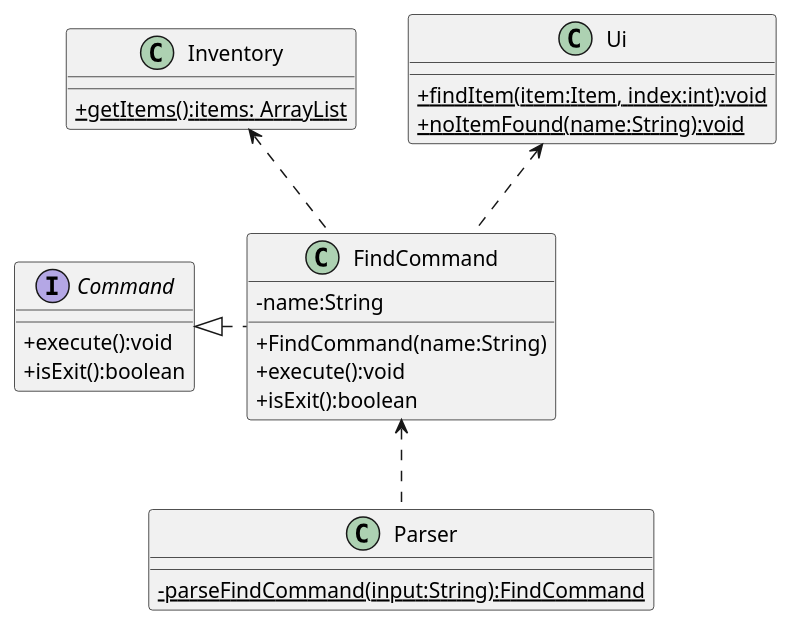
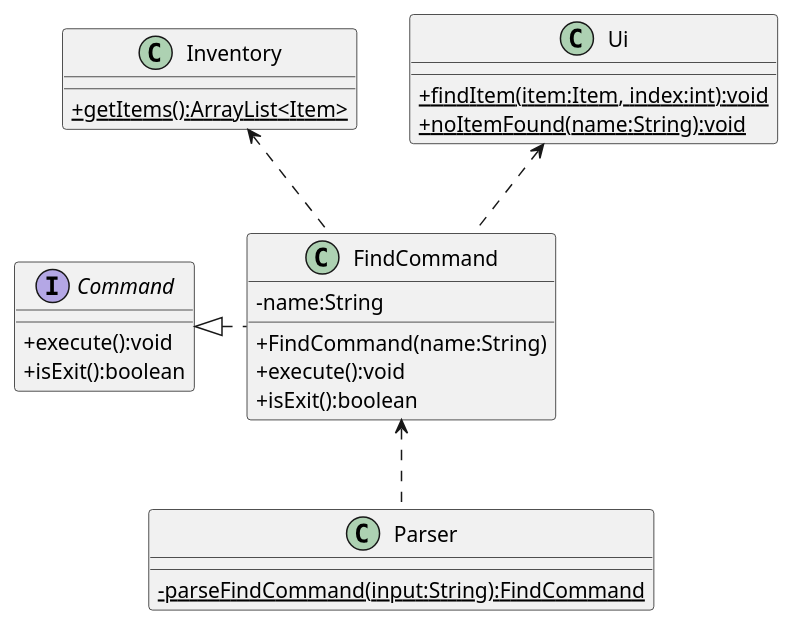
One commit to nus-cs2113-AY2324S2/tp changed the first of 2 diagrams in docs/uml-diagrams/FindCommand.puml. Above: the diagram before and after it, drawn with PlantUML.

```diff
--- a/docs/uml-diagrams/FindCommand.puml
+++ b/docs/uml-diagrams/FindCommand.puml
@@ -1,40 +1,40 @@
 @startuml
 'https://plantuml.com/sequence-diagram
 skinparam classAttributeIconSize 0
 
 abstract class Command
 class Inventory
 class FindCommand
 class Parser
 class Ui
 
 Command <|. FindCommand
 Inventory <.. FindCommand
 Ui <.. FindCommand
 FindCommand <.. Parser
 
 interface Command {
     +execute():void
     +isExit():boolean
 }
 
 class FindCommand {
     -name:String
     +FindCommand(name:String)
     +execute():void
     +isExit():boolean
 }
 
 class Inventory {
-    {static}+getItems():items: ArrayList
+    {static}+getItems():ArrayList<Item>
 }
 
 class Ui {
     {static}+findItem(item:Item, index:int):void
     {static}+noItemFound(name:String):void
 }
 
 class Parser {
     {static}-parseFindCommand(input:String):FindCommand
 }
 @enduml
```
